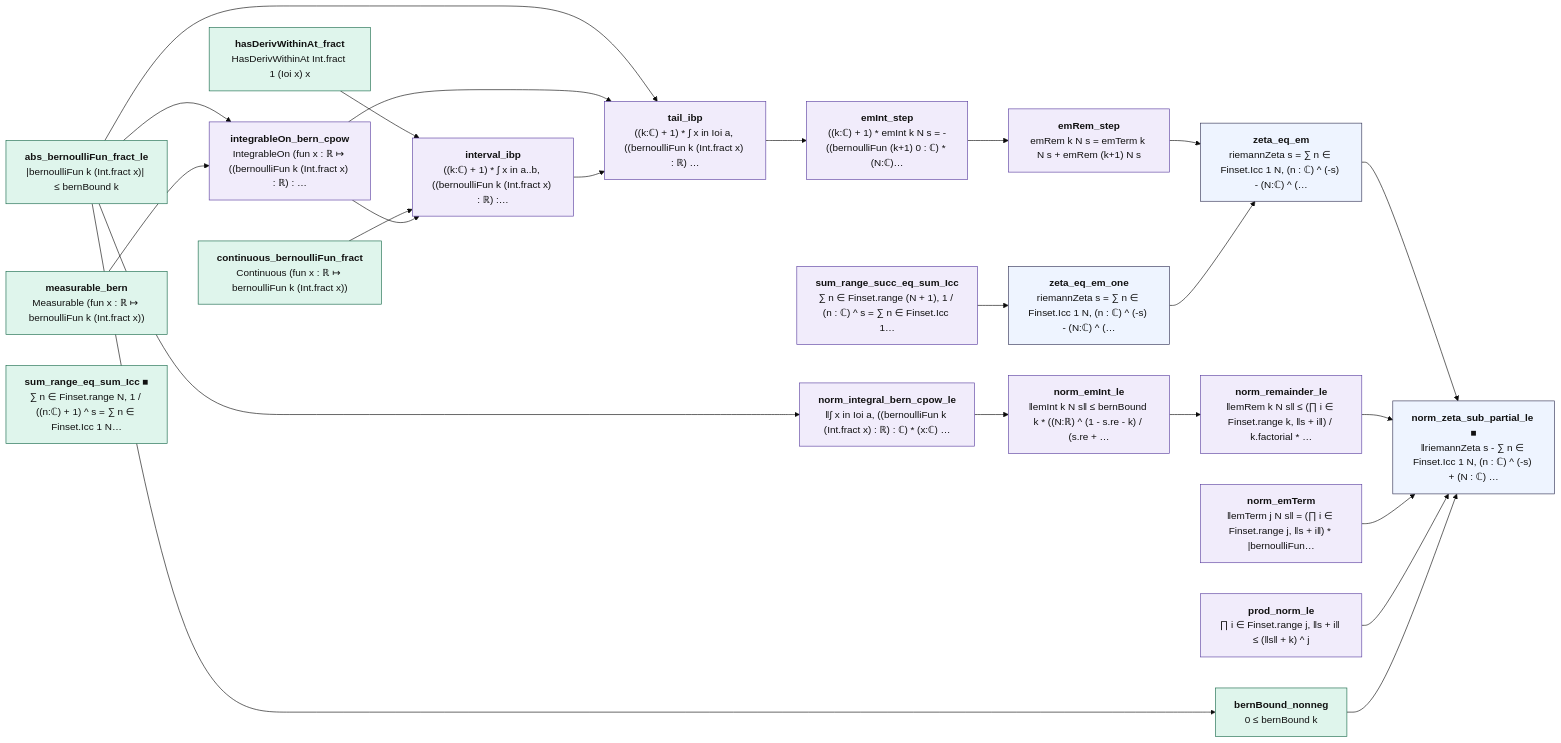
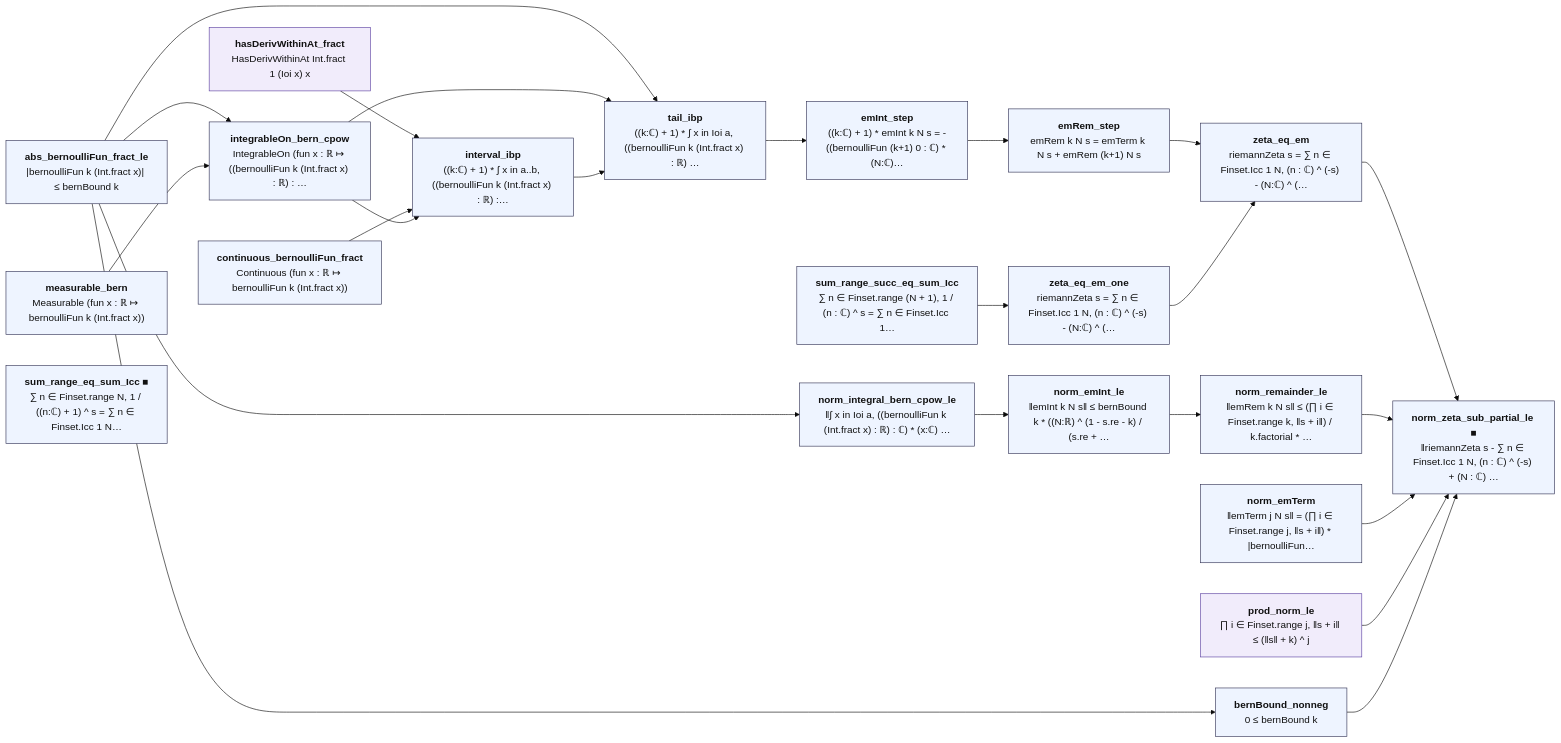
One commit to juliansambranojr/Primebeat_081426 changed the diagram in map/lean_stage3/ZetaEM.mmd. Above: the diagram before and after it, drawn with Mermaid (base theme). The commit also changed 25 other files, not shown here.

```diff
--- a/map/lean_stage3/ZetaEM.mmd
+++ b/map/lean_stage3/ZetaEM.mmd
@@ -1,51 +1,51 @@
 flowchart LR
-  n0["<b>hasDerivWithinAt_fract</b><br/>HasDerivWithinAt Int.fract 1 (Ioi x) x"]:::cnt
-  n1["<b>continuous_bernoulliFun_fract</b><br/>Continuous (fun x : ℝ ↦ bernoulliFun k (Int.fract x))"]:::cnt
-  n2["<b>abs_bernoulliFun_fract_le</b><br/>|bernoulliFun k (Int.fract x)| ≤ bernBound k"]:::cnt
-  n3["<b>bernBound_nonneg</b><br/>0 ≤ bernBound k"]:::cnt
-  n4["<b>measurable_bern</b><br/>Measurable (fun x : ℝ ↦ bernoulliFun k (Int.fract x))"]:::cnt
-  n5["<b>integrableOn_bern_cpow</b><br/>IntegrableOn (fun x : ℝ ↦ ((bernoulliFun k (Int.fract x) : ℝ) : …"]:::shp
-  n6["<b>norm_integral_bern_cpow_le</b><br/>‖∫ x in Ioi a, ((bernoulliFun k (Int.fract x) : ℝ) : ℂ) * (x:ℂ) …"]:::shp
-  n7["<b>interval_ibp</b><br/>((k:ℂ) + 1) * ∫ x in a..b, ((bernoulliFun k (Int.fract x) : ℝ) :…"]:::shp
-  n8["<b>tail_ibp</b><br/>((k:ℂ) + 1) * ∫ x in Ioi a, ((bernoulliFun k (Int.fract x) : ℝ) …"]:::shp
-  n9["<b>emInt_step</b><br/>((k:ℂ) + 1) * emInt k N s = -((bernoulliFun (k+1) 0 : ℂ) * (N:ℂ)…"]:::shp
-  n10["<b>emRem_step</b><br/>emRem k N s = emTerm k N s + emRem (k+1) N s"]:::shp
-  n11["<b>sum_range_succ_eq_sum_Icc</b><br/>∑ n ∈ Finset.range (N + 1), 1 / (n : ℂ) ^ s = ∑ n ∈ Finset.Icc 1…"]:::shp
-  n12["<b>sum_range_eq_sum_Icc ■</b><br/>∑ n ∈ Finset.range N, 1 / ((n:ℂ) + 1) ^ s = ∑ n ∈ Finset.Icc 1 N…"]:::cnt
+  n0["<b>hasDerivWithinAt_fract</b><br/>HasDerivWithinAt Int.fract 1 (Ioi x) x"]:::shp
+  n1["<b>continuous_bernoulliFun_fract</b><br/>Continuous (fun x : ℝ ↦ bernoulliFun k (Int.fract x))"]:::thm
+  n2["<b>abs_bernoulliFun_fract_le</b><br/>|bernoulliFun k (Int.fract x)| ≤ bernBound k"]:::thm
+  n3["<b>bernBound_nonneg</b><br/>0 ≤ bernBound k"]:::thm
+  n4["<b>measurable_bern</b><br/>Measurable (fun x : ℝ ↦ bernoulliFun k (Int.fract x))"]:::thm
+  n5["<b>integrableOn_bern_cpow</b><br/>IntegrableOn (fun x : ℝ ↦ ((bernoulliFun k (Int.fract x) : ℝ) : …"]:::thm
+  n6["<b>norm_integral_bern_cpow_le</b><br/>‖∫ x in Ioi a, ((bernoulliFun k (Int.fract x) : ℝ) : ℂ) * (x:ℂ) …"]:::thm
+  n7["<b>interval_ibp</b><br/>((k:ℂ) + 1) * ∫ x in a..b, ((bernoulliFun k (Int.fract x) : ℝ) :…"]:::thm
+  n8["<b>tail_ibp</b><br/>((k:ℂ) + 1) * ∫ x in Ioi a, ((bernoulliFun k (Int.fract x) : ℝ) …"]:::thm
+  n9["<b>emInt_step</b><br/>((k:ℂ) + 1) * emInt k N s = -((bernoulliFun (k+1) 0 : ℂ) * (N:ℂ)…"]:::thm
+  n10["<b>emRem_step</b><br/>emRem k N s = emTerm k N s + emRem (k+1) N s"]:::thm
+  n11["<b>sum_range_succ_eq_sum_Icc</b><br/>∑ n ∈ Finset.range (N + 1), 1 / (n : ℂ) ^ s = ∑ n ∈ Finset.Icc 1…"]:::thm
+  n12["<b>sum_range_eq_sum_Icc ■</b><br/>∑ n ∈ Finset.range N, 1 / ((n:ℂ) + 1) ^ s = ∑ n ∈ Finset.Icc 1 N…"]:::thm
   n13["<b>zeta_eq_em_one</b><br/>riemannZeta s = ∑ n ∈ Finset.Icc 1 N, (n : ℂ) ^ (-s) - (N:ℂ) ^ (…"]:::thm
   n14["<b>zeta_eq_em</b><br/>riemannZeta s = ∑ n ∈ Finset.Icc 1 N, (n : ℂ) ^ (-s) - (N:ℂ) ^ (…"]:::thm
-  n15["<b>norm_emInt_le</b><br/>‖emInt k N s‖ ≤ bernBound k * ((N:ℝ) ^ (1 - s.re - k) / (s.re + …"]:::shp
-  n16["<b>norm_remainder_le</b><br/>‖emRem k N s‖ ≤ (∏ i ∈ Finset.range k, ‖s + i‖) / k.factorial * …"]:::shp
-  n17["<b>norm_emTerm</b><br/>‖emTerm j N s‖ = (∏ i ∈ Finset.range j, ‖s + i‖) * |bernoulliFun…"]:::shp
+  n15["<b>norm_emInt_le</b><br/>‖emInt k N s‖ ≤ bernBound k * ((N:ℝ) ^ (1 - s.re - k) / (s.re + …"]:::thm
+  n16["<b>norm_remainder_le</b><br/>‖emRem k N s‖ ≤ (∏ i ∈ Finset.range k, ‖s + i‖) / k.factorial * …"]:::thm
+  n17["<b>norm_emTerm</b><br/>‖emTerm j N s‖ = (∏ i ∈ Finset.range j, ‖s + i‖) * |bernoulliFun…"]:::thm
   n18["<b>prod_norm_le</b><br/>∏ i ∈ Finset.range j, ‖s + i‖ ≤ (‖s‖ + k) ^ j"]:::shp
   n19["<b>norm_zeta_sub_partial_le ■</b><br/>‖riemannZeta s - ∑ n ∈ Finset.Icc 1 N, (n : ℂ) ^ (-s) + (N : ℂ) …"]:::thm
   n0 --> n7
   n1 --> n7
   n10 --> n14
   n11 --> n13
   n13 --> n14
   n14 --> n19
   n15 --> n16
   n16 --> n19
   n17 --> n19
   n18 --> n19
   n2 --> n3
   n2 --> n5
   n2 --> n6
   n2 --> n8
   n3 --> n19
   n4 --> n5
   n5 --> n7
   n5 --> n8
   n6 --> n15
   n7 --> n8
   n8 --> n9
   n9 --> n10
   classDef cnt fill:#dff5ec,stroke:#17694a,color:#111
   classDef shp fill:#f1ecfb,stroke:#5b3fa0,color:#111
   classDef rh fill:#ffe5e5,stroke:#c22,color:#111,stroke-width:2px
   classDef thm fill:#eef4ff,stroke:#335,color:#111
   classDef end_ fill:#e7f7e7,stroke:#2a7,color:#111,stroke-width:2px
   classDef lone fill:#fff,stroke:#999,color:#111,stroke-dasharray:4 3
   classDef bad fill:#ffe5e5,stroke:#c22,color:#111,stroke-width:2px
   classDef ext fill:#fff8e1,stroke:#b80,color:#111
```
